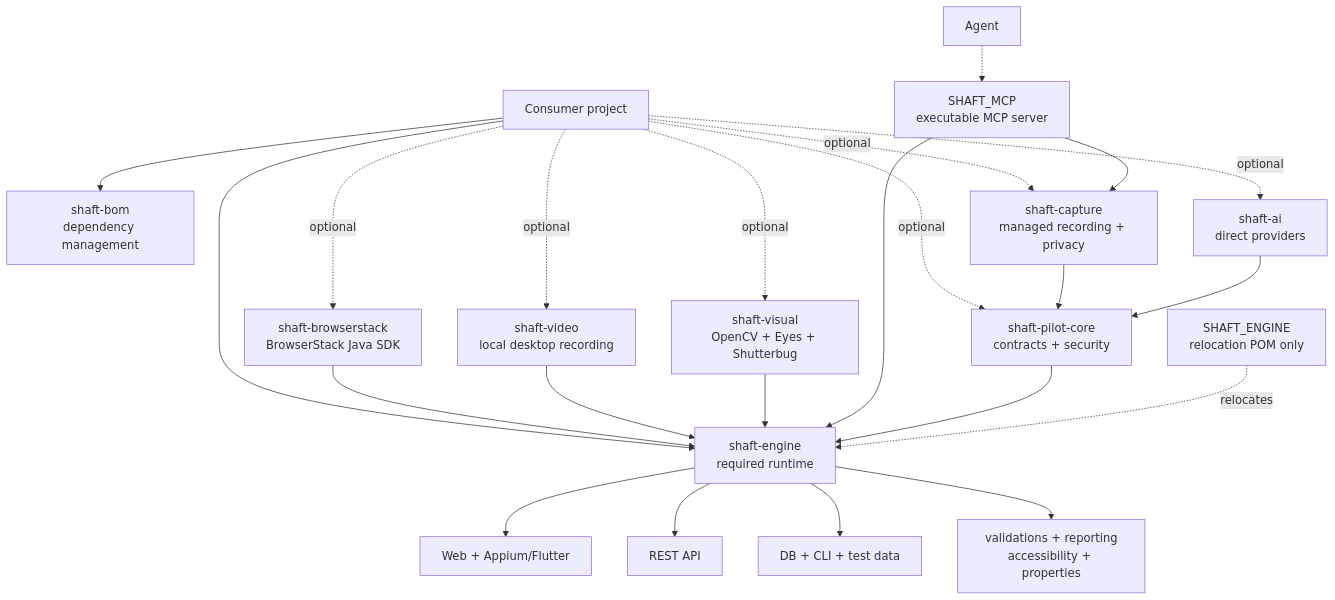
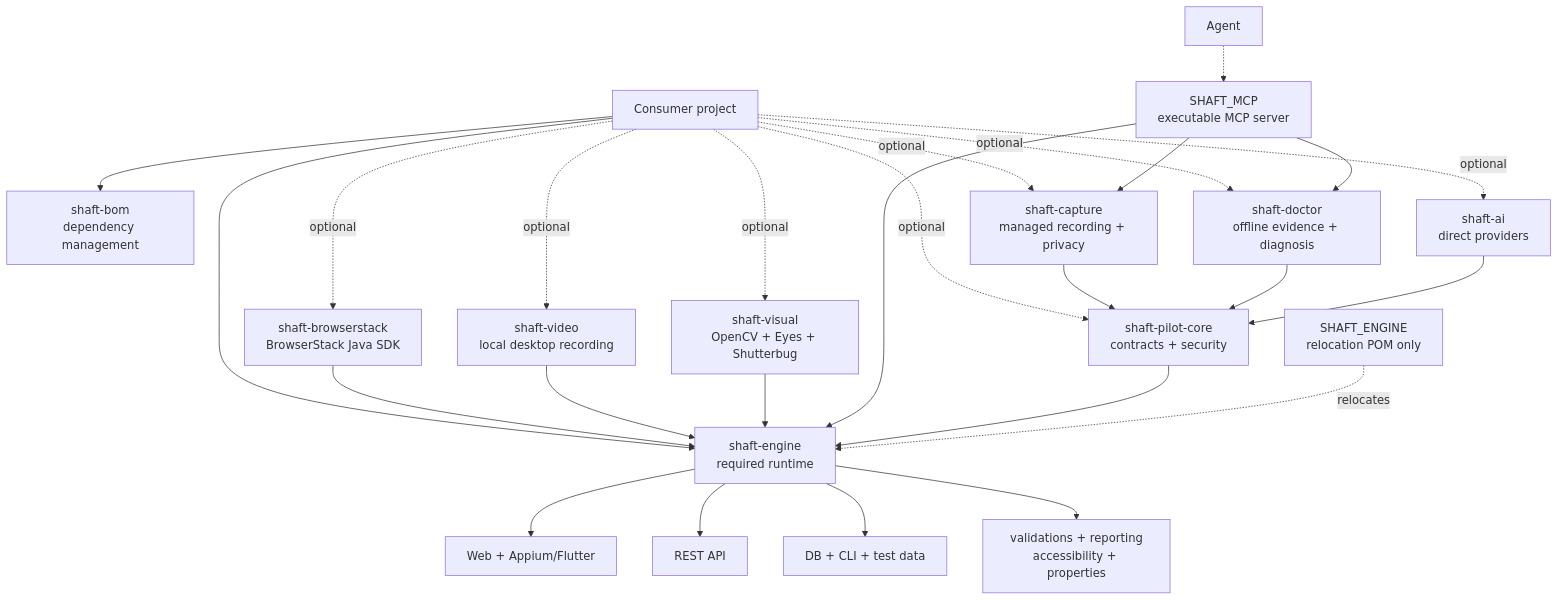
Before and after one commit to ShaftHQ/SHAFT_ENGINE: the first of 2 diagrams in docs/ARCHITECTURE.md, drawn with Mermaid. The commit also changed other lines of this file and 61 other files, not shown here.

First line of the commit message:
[codex] Add deterministic SHAFT Doctor analysis (#2871)

````diff
--- a/docs/ARCHITECTURE.md
+++ b/docs/ARCHITECTURE.md
@@ -13,28 +13,31 @@
 ```mermaid
 flowchart TB
     Consumer["Consumer project"] --> BOM["shaft-bom<br/>dependency management"]
     Consumer --> Engine["shaft-engine<br/>required runtime"]
     Consumer -.->|optional| PilotCore["shaft-pilot-core<br/>contracts + security"]
     Consumer -.->|optional| Capture["shaft-capture<br/>managed recording + privacy"]
+    Consumer -.->|optional| Doctor["shaft-doctor<br/>offline evidence + diagnosis"]
     Consumer -.->|optional| AI["shaft-ai<br/>direct providers"]
     Consumer -.->|optional| BrowserStack["shaft-browserstack<br/>BrowserStack Java SDK"]
     Consumer -.->|optional| Video["shaft-video<br/>local desktop recording"]
     Consumer -.->|optional| Visual["shaft-visual<br/>OpenCV + Eyes + Shutterbug"]
     Agent -.-> MCP["SHAFT_MCP<br/>executable MCP server"]
 
     BrowserStack --> Engine
     Video --> Engine
     Visual --> Engine
     MCP --> Engine
     MCP --> Capture
+    MCP --> Doctor
     PilotCore --> Engine
     Capture --> PilotCore
+    Doctor --> PilotCore
     AI --> PilotCore
 
     Legacy["SHAFT_ENGINE<br/>relocation POM only"] -.->|relocates| Engine
 
     Engine --> GUI["Web + Appium/Flutter"]
     Engine --> API["REST API"]
     Engine --> Data["DB + CLI + test data"]
     Engine --> Support["validations + reporting<br/>accessibility + properties"]
 ```
````
